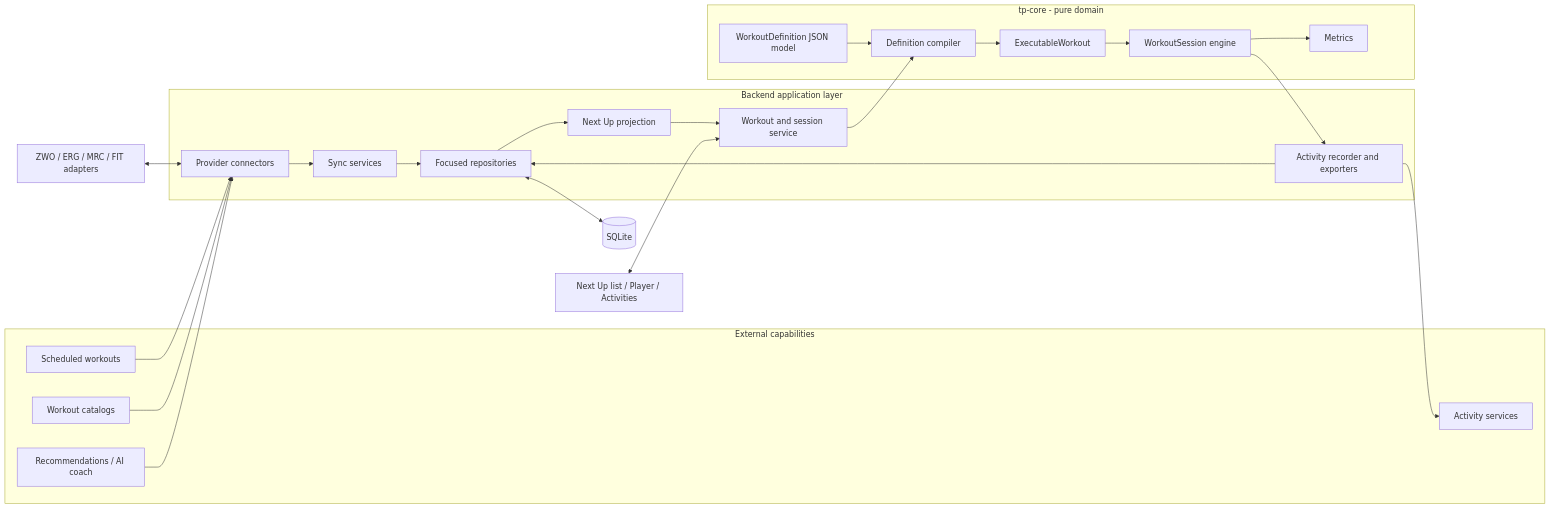
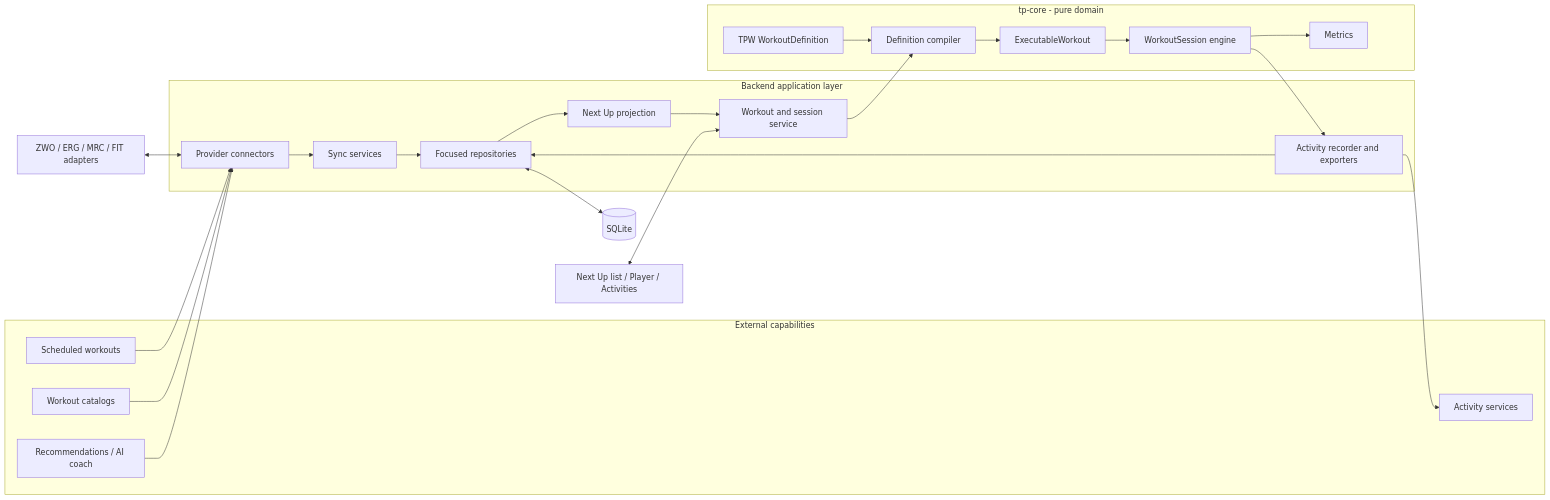
One commit to sergioclemente/TrainerPro changed the diagram in docs/workout-platform.md. Above: the diagram before and after it, drawn with Mermaid. The commit also changed other lines of this file and 21 other files, not shown here.

Commit message:
Add TPW workout definition format

````diff
--- a/docs/workout-platform.md
+++ b/docs/workout-platform.md
@@ -11,50 +11,50 @@
 ```mermaid
 flowchart LR
     subgraph PROVIDERS[External capabilities]
         PLAN[Scheduled workouts]
         CATALOG[Workout catalogs]
         COACH[Recommendations / AI coach]
         ACTIVITYAPI[Activity services]
     end
 
     subgraph BACKEND[Backend application layer]
         CONNECTORS[Provider connectors]
         SYNC[Sync services]
         REPOS[Focused repositories]
         NEXT[Next Up projection]
         APP[Workout and session service]
         REC[Activity recorder and exporters]
     end
 
     DB[(SQLite)]
 
     subgraph CORE[tp-core - pure domain]
-        DEF[WorkoutDefinition JSON model]
+        DEF[TPW WorkoutDefinition]
         COMPILE[Definition compiler]
         EXEC[ExecutableWorkout]
         SESSION[WorkoutSession engine]
         METRICS[Metrics]
     end
 
     UI[Next Up list / Player / Activities]
     FILES[ZWO / ERG / MRC / FIT adapters]
 
     PLAN --> CONNECTORS
     CATALOG --> CONNECTORS
     COACH --> CONNECTORS
     CONNECTORS --> SYNC
     SYNC --> REPOS
     REPOS <--> DB
     REPOS --> NEXT
     NEXT --> APP
     UI <--> APP
     APP --> COMPILE
     DEF --> COMPILE
     COMPILE --> EXEC
     EXEC --> SESSION
     SESSION --> REC
     SESSION --> METRICS
     REC --> REPOS
     REC --> ACTIVITYAPI
     FILES <--> CONNECTORS
 ```
````
